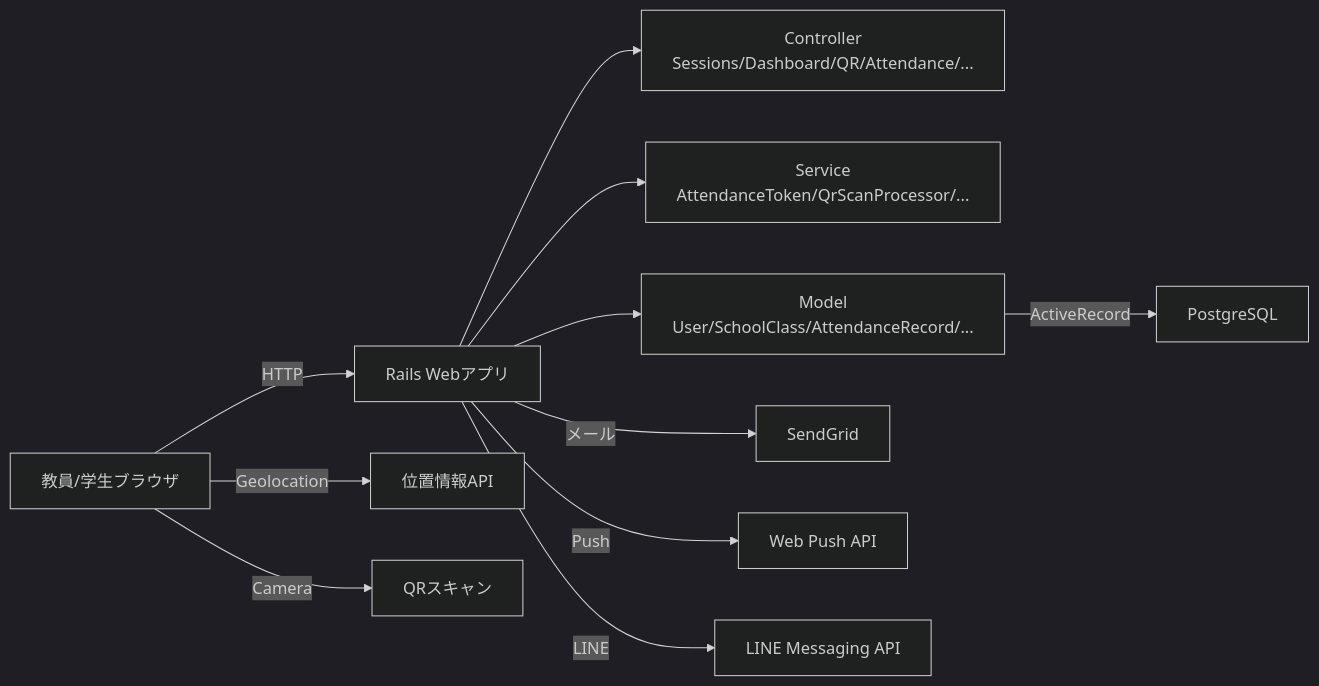
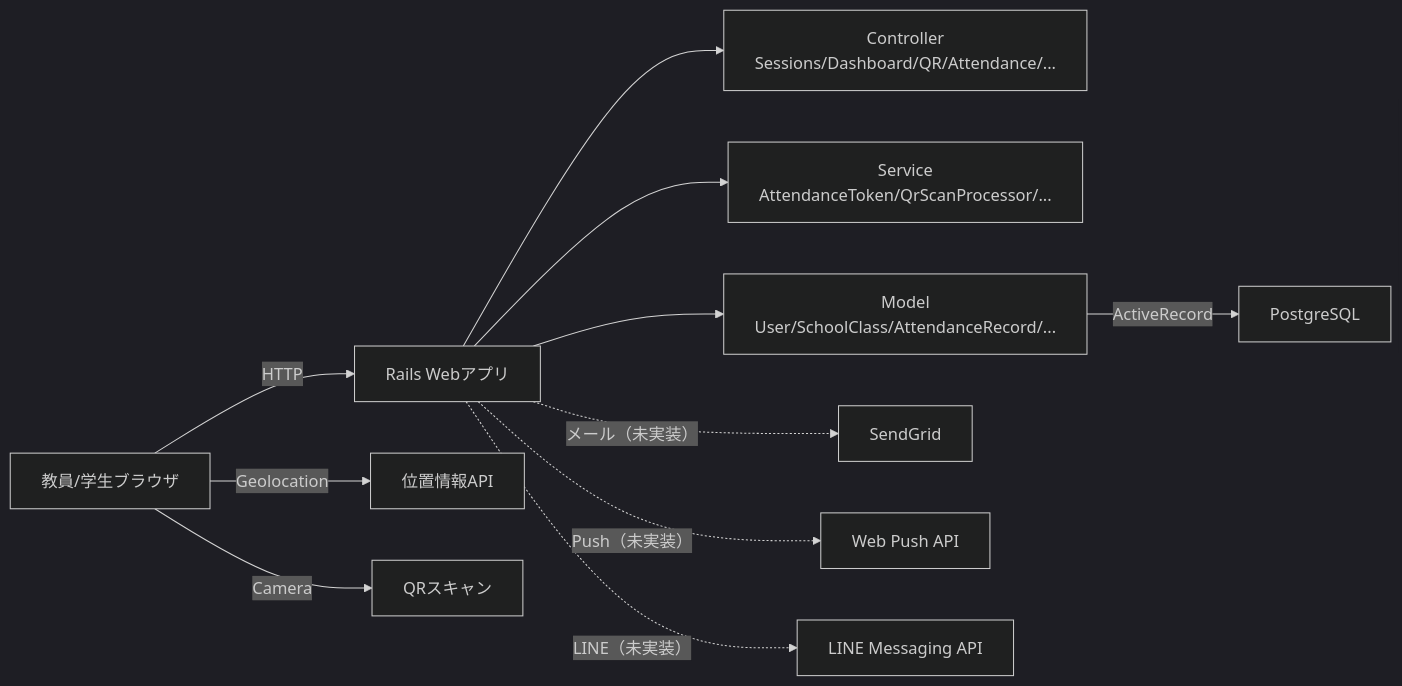
Before and after one commit to syusyusyusyu/Attendance: the first of 12 diagrams in README.md, drawn with Mermaid (dark theme). The commit also changed other lines of this file and 2 other files, not shown here.

````diff
--- a/README.md
+++ b/README.md
@@ -303,13 +303,13 @@
 ```mermaid
 flowchart LR
   User[教員/学生ブラウザ] -->|HTTP| Rails["Rails Webアプリ"]
   Rails --> Controller["Controller<br/>Sessions/Dashboard/QR/Attendance/..."]
   Rails --> Service["Service<br/>AttendanceToken/QrScanProcessor/..."]
   Rails --> Model["Model<br/>User/SchoolClass/AttendanceRecord/..."]
   Model -->|ActiveRecord| DB["PostgreSQL"]
   User -->|Geolocation| GPS["位置情報API"]
   User -->|Camera| QR["QRスキャン"]
-  Rails -->|メール| SMTP["SendGrid"]
-  Rails -->|Push| WebPush["Web Push API"]
-  Rails -->|LINE| LINE["LINE Messaging API"]
+  Rails -.->|メール（未実装）| SMTP["SendGrid"]
+  Rails -.->|Push（未実装）| WebPush["Web Push API"]
+  Rails -.->|LINE（未実装）| LINE["LINE Messaging API"]
 ```
````
